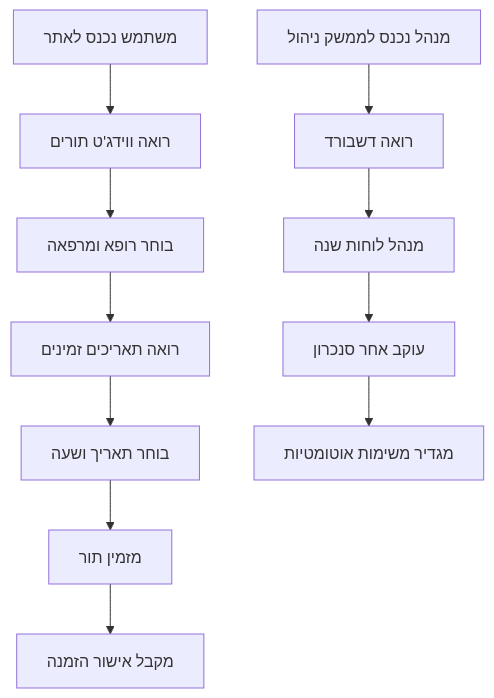
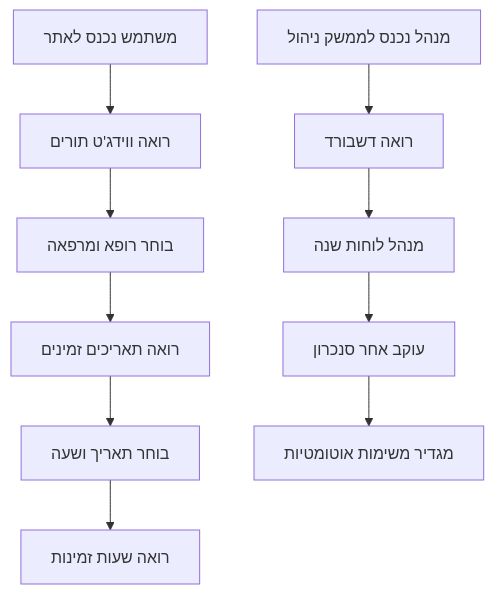
Before and after one commit to OrielBenMoshe/clinic-queue-management: the first of 3 diagrams in docs/SIMPLE_FLOW.md, drawn with Mermaid. The commit also changed other lines of this file and 42 other files, not shown here.

````diff
--- a/docs/SIMPLE_FLOW.md
+++ b/docs/SIMPLE_FLOW.md
@@ -9,14 +9,13 @@
 ```mermaid
 graph TD
     A[משתמש נכנס לאתר] --> B[רואה ווידג'ט תורים]
     B --> C[בוחר רופא ומרפאה]
     C --> D[רואה תאריכים זמינים]
     D --> E[בוחר תאריך ושעה]
-    E --> F[מזמין תור]
-    F --> G[מקבל אישור הזמנה]
+    E --> F[רואה שעות זמינות]
     
     H[מנהל נכנס לממשק ניהול] --> I[רואה דשבורד]
     I --> J[מנהל לוחות שנה]
     J --> K[עוקב אחר סנכרון]
     K --> L[מגדיר משימות אוטומטיות]
 ```
````
